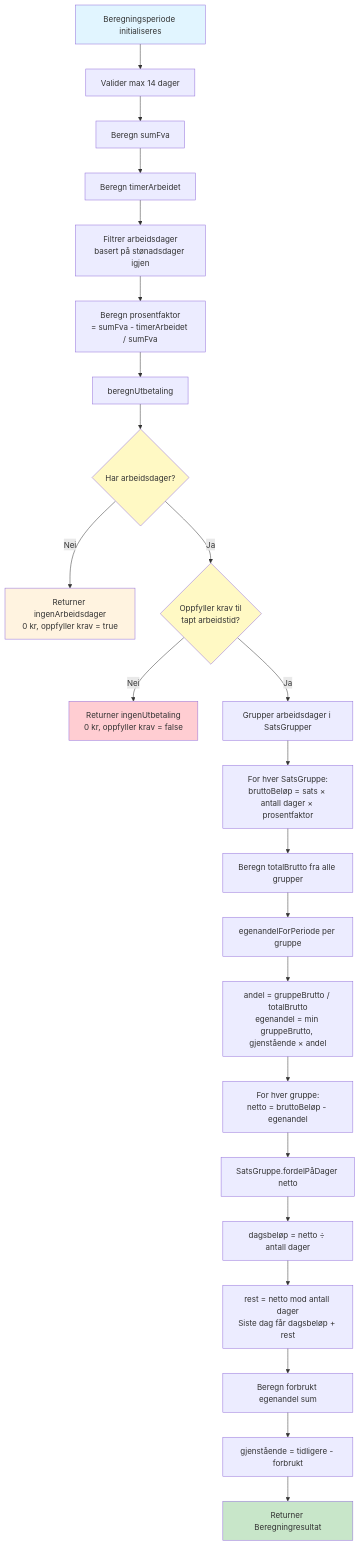
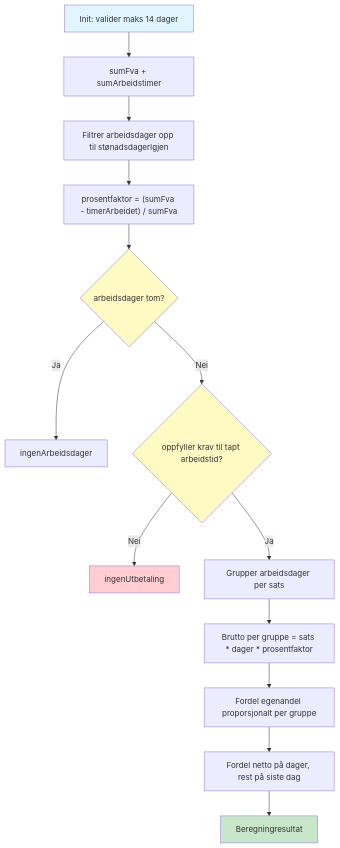
The fourth of 5 diagrams in docs/beregning-meldekort-flyt.md (navikt/dp-behandling), drawn with Mermaid before and after one commit. The commit also changed other lines of this file, not shown here.

````diff
--- a/docs/beregning-meldekort-flyt.md
+++ b/docs/beregning-meldekort-flyt.md
@@ -187,44 +108,21 @@
 ```mermaid
 flowchart TD
-    START[Beregningsperiode initialiseres] --> V1[Valider max 14 dager]
-    V1 --> A[Beregn sumFva]
-    A --> B[Beregn timerArbeidet]
-    B --> C[Filtrer arbeidsdager<br/>basert på stønadsdager igjen]
-    C --> D[Beregn prosentfaktor<br/>= sumFva - timerArbeidet / sumFva]
-    
-    D --> E[beregnUtbetaling]
-    
-    E --> E0{Har arbeidsdager?}
-    E0 -->|Nei| G0[Returner ingenArbeidsdager<br/>0 kr, oppfyller krav = true]
-    
-    E0 -->|Ja| F{Oppfyller krav til<br/>tapt arbeidstid?}
-    
-    F -->|Nei| G[Returner ingenUtbetaling<br/>0 kr, oppfyller krav = false]
-    
-    F -->|Ja| H[Grupper arbeidsdager i SatsGrupper]
-    
-    H --> I[For hver SatsGruppe:<br/>bruttoBeløp = sats × antall dager × prosentfaktor]
-    
-    I --> J[Beregn totalBrutto fra alle grupper]
-    
-    J --> K[egenandelForPeriode per gruppe]
-    K --> K1[andel = gruppeBrutto / totalBrutto<br/>egenandel = min gruppeBrutto, gjenstående × andel]
-    
-    K1 --> L[For hver gruppe:<br/>netto = bruttoBeløp - egenandel]
-    
-    L --> M[SatsGruppe.fordelPåDager netto]
-    M --> M1[dagsbeløp = netto ÷ antall dager]
-    M1 --> M2[rest = netto mod antall dager<br/>Siste dag får dagsbeløp + rest]
-    
-    M2 --> N[Beregn forbrukt egenandel sum]
-    N --> O[gjenstående = tidligere - forbrukt]
-    
-    O --> P[Returner Beregningresultat]
-    
-    style START fill:#e1f5ff
-    style P fill:#c8e6c9
-    style G fill:#ffcdd2
-    style G0 fill:#fff3e0
-    style F fill:#fff9c4
-    style E0 fill:#fff9c4
+    A[Init: valider maks 14 dager] --> B[sumFva + sumArbeidstimer]
+    B --> C[Filtrer arbeidsdager opp til stønadsdagerIgjen]
+    C --> D["prosentfaktor = (sumFva - timerArbeidet) / sumFva"]
+    D --> E{arbeidsdager tom?}
+    E -->|Ja| F[ingenArbeidsdager]
+    E -->|Nei| G{oppfyller krav til tapt arbeidstid?}
+    G -->|Nei| H[ingenUtbetaling]
+    G -->|Ja| I[Grupper arbeidsdager per sats]
+    I --> J[Brutto per gruppe = sats * dager * prosentfaktor]
+    J --> K[Fordel egenandel proporsjonalt per gruppe]
+    K --> L[Fordel netto på dager, rest på siste dag]
+    L --> M[Beregningresultat]
+
+    style A fill:#e1f5ff
+    style M fill:#c8e6c9
+    style E fill:#fff9c4
+    style G fill:#fff9c4
+    style H fill:#ffcdd2
 ```
````
